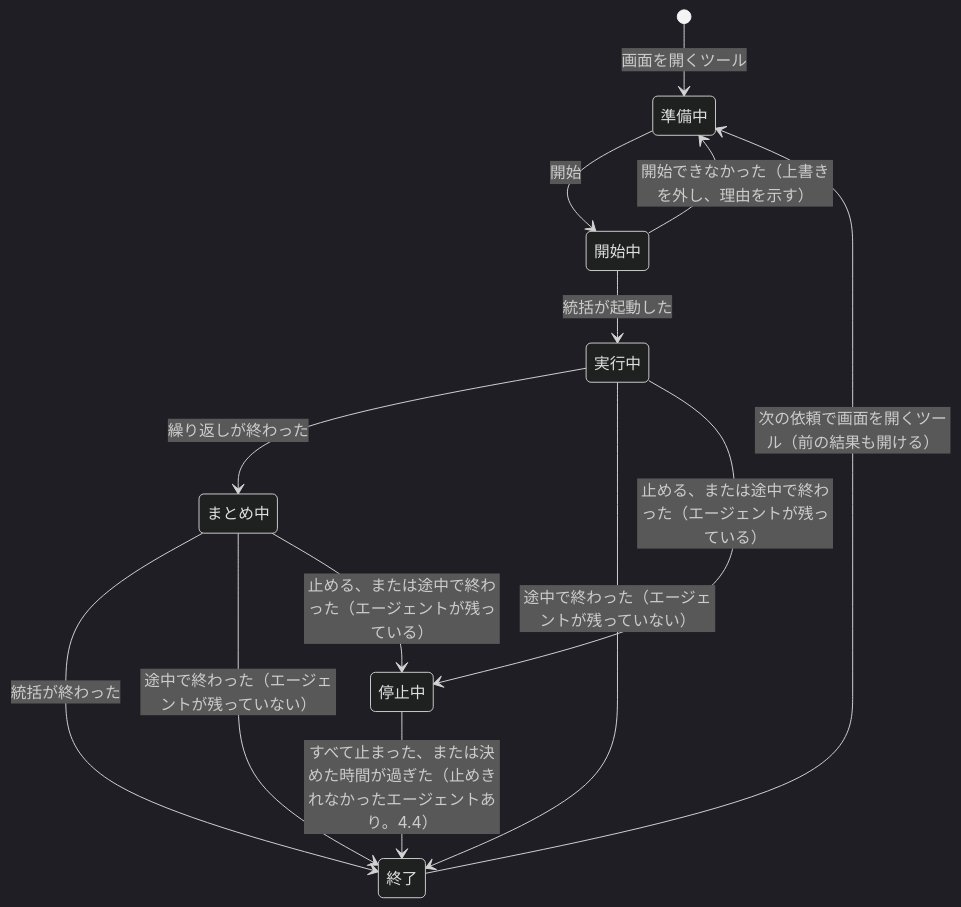
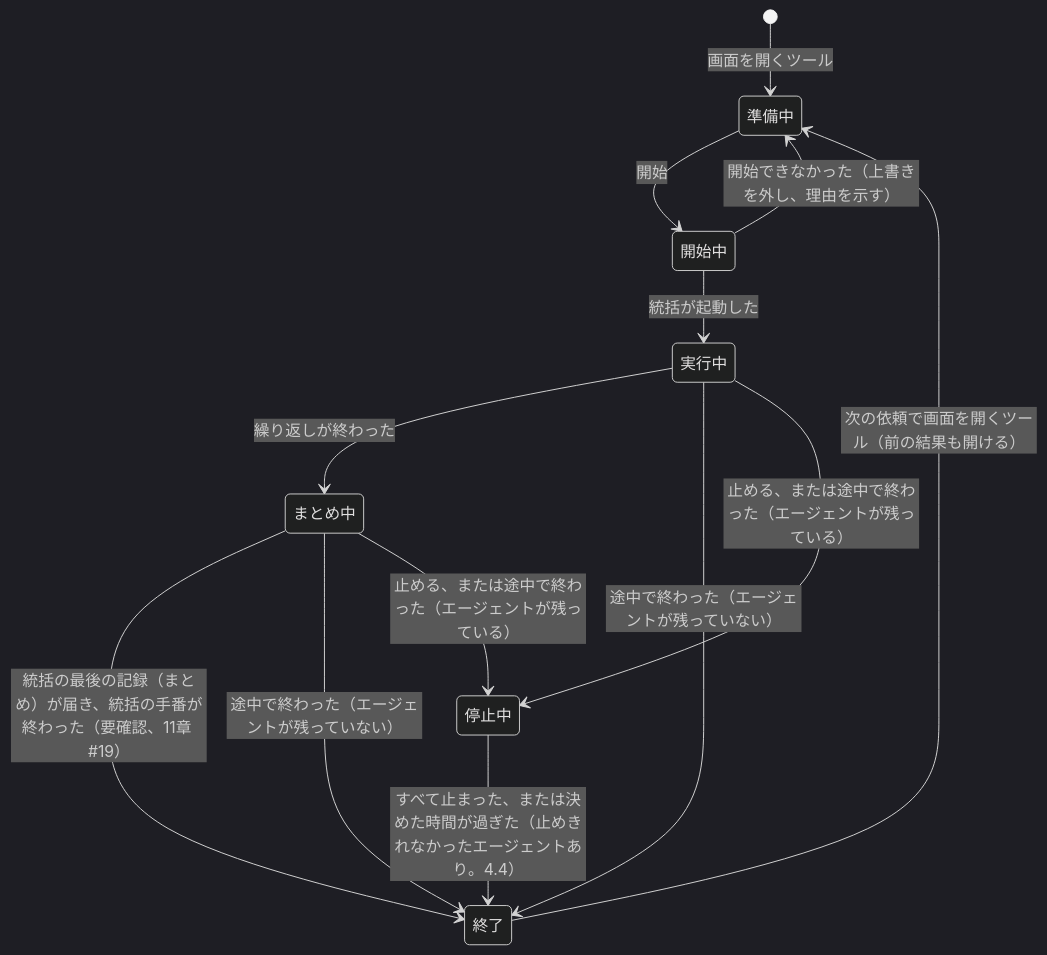
One commit to imaeda-hub/plugin-creater changed the fourth of 4 diagrams in docs/design/generated-plugin-structure.md. Above: the diagram before and after it, drawn with Mermaid (dark theme). The commit also changed other lines of this file and 2 other files, not shown here.

````diff
--- a/docs/design/generated-plugin-structure.md
+++ b/docs/design/generated-plugin-structure.md
@@ -346,15 +353,15 @@
 ```mermaid
 stateDiagram-v2
   [*] --> 準備中: 画面を開くツール
   準備中 --> 開始中: 開始
   開始中 --> 準備中: 開始できなかった（上書きを外し、理由を示す）
   開始中 --> 実行中: 統括が起動した
   実行中 --> まとめ中: 繰り返しが終わった
-  まとめ中 --> 終了: 統括が終わった
+  まとめ中 --> 終了: 統括の最後の記録（まとめ）が届き、統括の手番が終わった（要確認、11章 #19）
   実行中 --> 終了: 途中で終わった（エージェントが残っていない）
   まとめ中 --> 終了: 途中で終わった（エージェントが残っていない）
   実行中 --> 停止中: 止める、または途中で終わった（エージェントが残っている）
   まとめ中 --> 停止中: 止める、または途中で終わった（エージェントが残っている）
   停止中 --> 終了: すべて止まった、または決めた時間が過ぎた（止めきれなかったエージェントあり。4.4）
   終了 --> 準備中: 次の依頼で画面を開くツール（前の結果も開ける）
 ```
````
